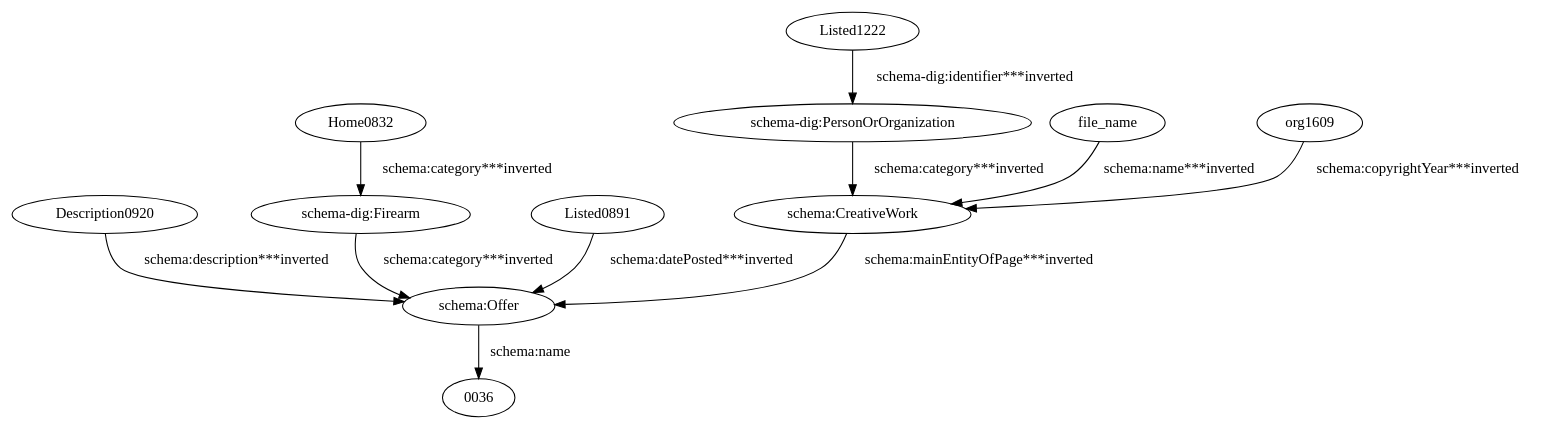
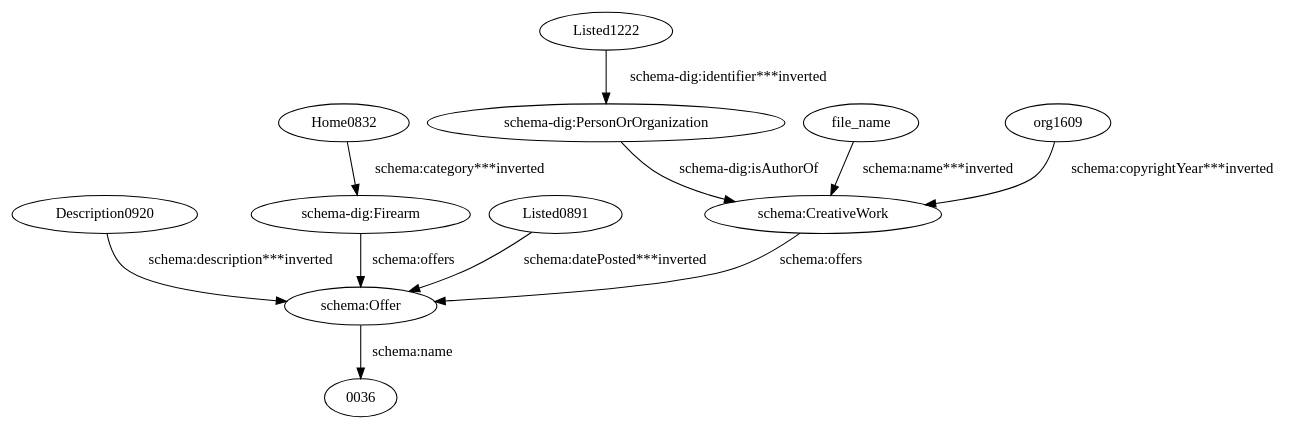
The diagram in data/taheriyan2016/task_04/semantic_models/steiner/dot/hawaiiguntrader.dot (giuseppefutia/semi), drawn with Graphviz before and after one commit. The commit also changed 119 other files, not shown here.

```diff
--- a/data/taheriyan2016/task_04/semantic_models/steiner/dot/hawaiiguntrader.dot
+++ b/data/taheriyan2016/task_04/semantic_models/steiner/dot/hawaiiguntrader.dot
@@ -1,23 +1,23 @@
 digraph {
   Description0920 [type=attribute_name,label=Description0920]
   "schema:Offer1" [type=class_uri,label="schema:Offer"]
   Home0832 [type=attribute_name,label=Home0832]
   "schema-dig:Firearm1" [type=class_uri,label="schema-dig:Firearm"]
   Listed0891 [type=attribute_name,label=Listed0891]
   Listed1222 [type=attribute_name,label=Listed1222]
   "schema-dig:PersonOrOrganization1" [type=class_uri,label="schema-dig:PersonOrOrganization"]
   file_name [type=attribute_name,label=file_name]
   "schema:CreativeWork1" [type=class_uri,label="schema:CreativeWork"]
   org1609 [type=attribute_name,label=org1609]
   "0036" [type=attribute_name,label="0036"]
   Description0920 -> "schema:Offer1" [type=st_property_uri,label="schema:description***inverted",weight=1]
   Home0832 -> "schema-dig:Firearm1" [type=st_property_uri,label="schema:category***inverted",weight=1]
   Listed0891 -> "schema:Offer1" [type=st_property_uri,label="schema:datePosted***inverted",weight=1]
   Listed1222 -> "schema-dig:PersonOrOrganization1" [type=st_property_uri,label="schema-dig:identifier***inverted",weight=1]
   file_name -> "schema:CreativeWork1" [type=st_property_uri,label="schema:name***inverted",weight=1]
   org1609 -> "schema:CreativeWork1" [type=st_property_uri,label="schema:copyrightYear***inverted",weight=1]
-  "schema-dig:Firearm1" -> "schema:Offer1" [type=inherited,label="schema:category***inverted",weight=4]
-  "schema-dig:PersonOrOrganization1" -> "schema:CreativeWork1" [type=inherited,label="schema:category***inverted",weight=4]
-  "schema:CreativeWork1" -> "schema:Offer1" [type=inherited,label="schema:mainEntityOfPage***inverted",weight=4]
+  "schema-dig:Firearm1" -> "schema:Offer1" [label="schema:offers",type=inherited,weight=4]
+  "schema-dig:PersonOrOrganization1" -> "schema:CreativeWork1" [label="schema-dig:isAuthorOf",type=direct_property_uri,weight=1]
+  "schema:CreativeWork1" -> "schema:Offer1" [label="schema:offers",type=direct_property_uri,weight=1]
   "schema:Offer1" -> "0036" [label="schema:name",type=st_property_uri]
 }
```
